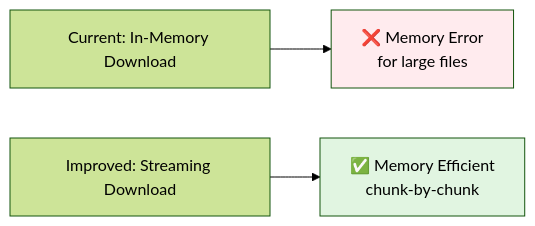
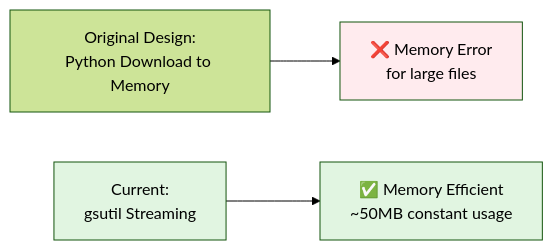
One commit to prateekpanjla-outlook/gcp_data_proc changed the diagram in design/github_archive/phase1_ingestion/diagrams/ingestion_07_improvements.md. Above: the diagram before and after it, drawn with Mermaid (forest theme). The commit also changed other lines of this file and 4 other files, not shown here.

First line of the commit message:
docs: update Phase 1 diagrams to reflect gsutil streaming implementation

````diff
--- a/design/github_archive/phase1_ingestion/diagrams/ingestion_07_improvements.md
+++ b/design/github_archive/phase1_ingestion/diagrams/ingestion_07_improvements.md
@@ -3,8 +3,9 @@
 ```mermaid
 flowchart LR
-    Current[Current: In-Memory Download] --> Issue[❌ Memory Error<br>for large files]
-    Improved[Improved: Streaming Download] --> Fix[✅ Memory Efficient<br>chunk-by-chunk]
+    Original[Original Design:<br>Python Download to Memory] --> Issue[❌ Memory Error<br>for large files]
+    Implemented[Current:<br>gsutil Streaming] --> Fix[✅ Memory Efficient<br>~50MB constant usage]
 
     style Issue fill:#ffebee
     style Fix fill:#e1f5e1
+    style Implemented fill:#e1f5e1
 ```
````
